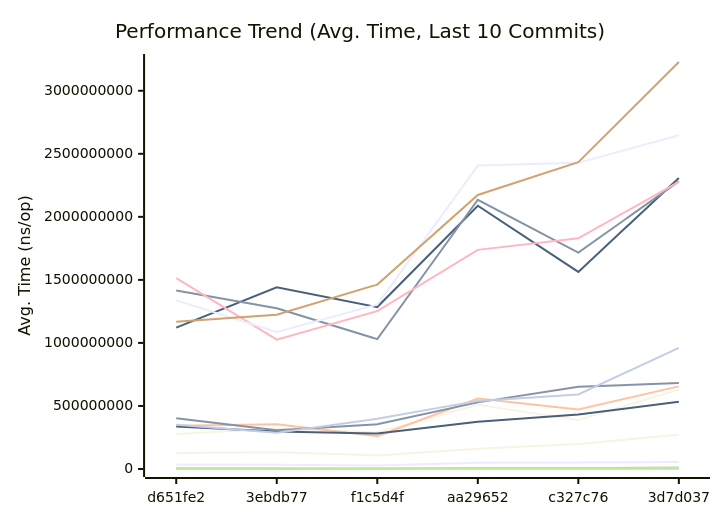
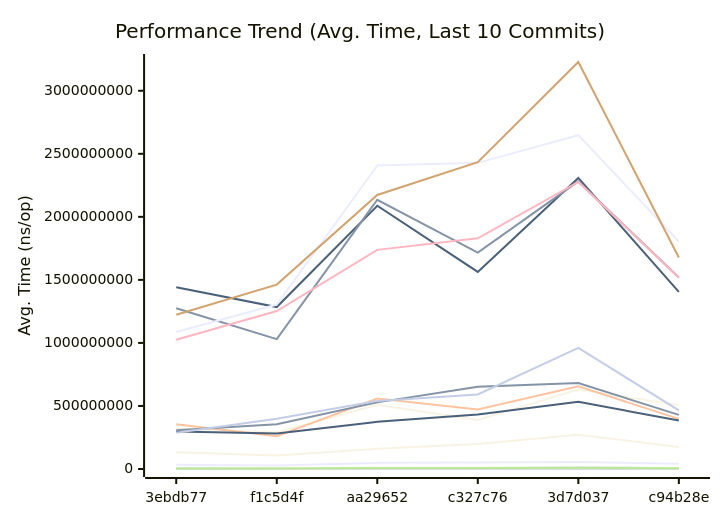
Before and after one commit to alsotoes/momo: the first of 3 diagrams in docs/PERFORMANCE.md, drawn with Mermaid. The commit also changed other lines of this file and 2 other files, not shown here.

````diff
--- a/docs/PERFORMANCE.md
+++ b/docs/PERFORMANCE.md
@@ -260,44 +260,44 @@
 ```mermaid
 xychart-beta
     title "Performance Trend (Avg. Time, Last 10 Commits)"
     x-axis "Commit"
     y-axis "Avg. Time (ns/op)"
-    x-axis [d651fe2,3ebdb77,f1c5d4f,aa29652,c327c76,3d7d037]
-    line "AWSChunkedReaderSigned" [663569,620161,606537,1043223,973548,1455699,680259,833482,953309,627888]
-    line "AWSChunkedReaderUnsigned" [611889,631352,615450,1351997,1054695,1128789,889133,730853,858757,790951]
-    line "CheckMetricsAndSwap" [13,11,9,18,19,38,17,10,13,15]
-    line "CrushOptimized" [528,381,489,593,643,1042,685,798,468,532]
-    line "CrushOriginal" [697,599,581,856,1307,2029,855,1268,698,834]
-    line "FormatListObjectsV2XML_AppendFormat" [1165434,922011,962696,2255056,1630321,4600271,1782191,1061116,1008647,1406590]
-    line "FormatListObjectsV2XML_OldFormat" [674915,518253,488621,1103444,888288,1357791,907084,473930,533866,813796]
-    line "HashBytes/1MiB" [5093044,3747347,5123782,7575501,6664907,7640824,5383828,7555000,5598473,4921734]
-    line "HashBytes/256MiB" [1121544781,1441434671,1284521850,2087994619,1563281181,2308810918,1405443275,1788061102,1074265335,1131266592]
-    line "HashBytes/64MiB" [277104353,321801782,289844742,509860327,389285110,629622654,507641214,422715939,338237103,382860244]
-    line "HashFile/1MiB" [4510294,6901410,4299477,8227082,7078150,8690518,5618671,6533318,4172609,6261739]
-    line "HashFile/256MiB" [1416186973,1274613971,1030231274,2135226775,1716532942,2281655194,1518211227,1560936348,1431277931,1624300639]
-    line "HashFile/64MiB" [343417056,354037155,260223898,558613671,471436906,655531538,397822488,323633746,347435470,383484634]
-    line "IndexDirectTracking" [1,1,0,1,1,1,1,1,1,1]
-    line "IndexSearch" [4,4,4,5,4,5,5,4,4,4]
-    line "LastModifiedHeader_AppendFormat" [320,312,319,610,638,744,453,385,315,376]
-    line "LastModifiedHeader_Format" [582,394,406,812,695,1046,635,526,444,488]
-    line "LoadGlobalConfig" [14525,12164,12907,20187,22438,33068,21404,21459,15616,14400]
-    line "LocalWrite/1MiB" [573249,584326,612314,1771010,1395534,1103659,782921,673496,973167,928144]
-    line "LocalWrite/256MiB" [125958619,133440934,107404943,160392504,197917420,272351029,175219427,179514948,167743774,160436947]
-    line "LocalWrite/64MiB" [35402077,33399170,28308935,49166059,52341255,56218123,42014368,37648886,40720206,46095057]
-    line "PadString" [63,80,61,211,165,205,86,67,85,80]
+    x-axis [3ebdb77,f1c5d4f,aa29652,c327c76,3d7d037,c94b28e]
+    line "AWSChunkedReaderSigned" [620161,606537,1043223,973548,1455699,680259,833482,953309,627888,785988]
+    line "AWSChunkedReaderUnsigned" [631352,615450,1351997,1054695,1128789,889133,730853,858757,790951,977586]
+    line "CheckMetricsAndSwap" [11,9,18,19,38,17,10,13,15,17]
+    line "CrushOptimized" [381,489,593,643,1042,685,798,468,532,465]
+    line "CrushOriginal" [599,581,856,1307,2029,855,1268,698,834,795]
+    line "FormatListObjectsV2XML_AppendFormat" [922011,962696,2255056,1630321,4600271,1782191,1061116,1008647,1406590,1275364]
+    line "FormatListObjectsV2XML_OldFormat" [518253,488621,1103444,888288,1357791,907084,473930,533866,813796,870950]
+    line "HashBytes/1MiB" [3747347,5123782,7575501,6664907,7640824,5383828,7555000,5598473,4921734,5879995]
+    line "HashBytes/256MiB" [1441434671,1284521850,2087994619,1563281181,2308810918,1405443275,1788061102,1074265335,1131266592,1293022873]
+    line "HashBytes/64MiB" [321801782,289844742,509860327,389285110,629622654,507641214,422715939,338237103,382860244,372987075]
+    line "HashFile/1MiB" [6901410,4299477,8227082,7078150,8690518,5618671,6533318,4172609,6261739,5169082]
+    line "HashFile/256MiB" [1274613971,1030231274,2135226775,1716532942,2281655194,1518211227,1560936348,1431277931,1624300639,1432425639]
+    line "HashFile/64MiB" [354037155,260223898,558613671,471436906,655531538,397822488,323633746,347435470,383484634,407202955]
+    line "IndexDirectTracking" [1,0,1,1,1,1,1,1,1,1]
+    line "IndexSearch" [4,4,5,4,5,5,4,4,4,5]
+    line "LastModifiedHeader_AppendFormat" [312,319,610,638,744,453,385,315,376,542]
+    line "LastModifiedHeader_Format" [394,406,812,695,1046,635,526,444,488,574]
+    line "LoadGlobalConfig" [12164,12907,20187,22438,33068,21404,21459,15616,14400,18548]
+    line "LocalWrite/1MiB" [584326,612314,1771010,1395534,1103659,782921,673496,973167,928144,1116026]
+    line "LocalWrite/256MiB" [133440934,107404943,160392504,197917420,272351029,175219427,179514948,167743774,160436947,185677716]
+    line "LocalWrite/64MiB" [33399170,28308935,49166059,52341255,56218123,42014368,37648886,40720206,46095057,61144515]
+    line "PadString" [80,61,211,165,205,86,67,85,80,88]
     line "ParseReplicationOrder_NoPrealloc" [350,349,357,354,345,225,229,165,232,234]
     line "ParseReplicationOrder_Prealloc" [229,231,237,234,229,108,107,80,110,109]
-    line "Placement" [7327,6313,6933,8102,10527,25580,11321,10377,7200,8789]
-    line "PlacementDomainSpread" [7101,6619,8426,8684,11049,18437,11792,9468,8229,9655]
-    line "ReadVerify/1MiB" [4999715,4807436,3448579,5630820,6689386,12183182,5670392,7713170,4757418,5869903]
-    line "ReadVerify/256MiB" [1513480600,1025626350,1253185341,1738129398,1830120119,2276631953,1517577657,1316685724,1223335569,2116170500]
-    line "ReadVerify/64MiB" [337113294,296627981,281005831,374198113,432795151,533889680,383828668,451931212,213251291,512922822]
-    line "S3PutSpool/1MiB" [5117449,4156487,6430516,9117398,9491833,12330195,7822144,8408058,8591213,6157166]
-    line "S3PutSpool/256MiB" [1337418784,1086529024,1304364707,2406472426,2428268969,2647654672,1803968295,2177507350,1816522977,1227464198]
-    line "S3PutSpool/64MiB" [401720115,306669378,354128133,528507413,651666227,681227498,429216770,399626051,367182715,399702230]
-    line "SanitizeLog/Safe" [332,390,316,623,639,645,428,331,547,453]
-    line "SanitizeLog/Unsafe" [1050,1036,1076,2180,2105,3077,1405,1260,1471,1234]
-    line "TrustedRead/1MiB" [5878450,3751975,4741810,8367879,7463250,9671314,5650216,4830214,4254033,7751297]
-    line "TrustedRead/256MiB" [1168045663,1223117446,1462605918,2173767229,2433008029,3228071339,1677679418,2100324369,1186508654,1267006234]
-    line "TrustedRead/64MiB" [350083685,287609190,397868130,540269082,591536062,961059323,465018339,305338723,298647819,415837736]
+    line "Placement" [6313,6933,8102,10527,25580,11321,10377,7200,8789,8100]
+    line "PlacementDomainSpread" [6619,8426,8684,11049,18437,11792,9468,8229,9655,8934]
+    line "ReadVerify/1MiB" [4807436,3448579,5630820,6689386,12183182,5670392,7713170,4757418,5869903,8481402]
+    line "ReadVerify/256MiB" [1025626350,1253185341,1738129398,1830120119,2276631953,1517577657,1316685724,1223335569,2116170500,1781612989]
+    line "ReadVerify/64MiB" [296627981,281005831,374198113,432795151,533889680,383828668,451931212,213251291,512922822,518387680]
+    line "S3PutSpool/1MiB" [4156487,6430516,9117398,9491833,12330195,7822144,8408058,8591213,6157166,6498512]
+    line "S3PutSpool/256MiB" [1086529024,1304364707,2406472426,2428268969,2647654672,1803968295,2177507350,1816522977,1227464198,1869122530]
+    line "S3PutSpool/64MiB" [306669378,354128133,528507413,651666227,681227498,429216770,399626051,367182715,399702230,433842837]
+    line "SanitizeLog/Safe" [390,316,623,639,645,428,331,547,453,464]
+    line "SanitizeLog/Unsafe" [1036,1076,2180,2105,3077,1405,1260,1471,1234,1310]
+    line "TrustedRead/1MiB" [3751975,4741810,8367879,7463250,9671314,5650216,4830214,4254033,7751297,7357692]
+    line "TrustedRead/256MiB" [1223117446,1462605918,2173767229,2433008029,3228071339,1677679418,2100324369,1186508654,1267006234,1480761171]
+    line "TrustedRead/64MiB" [287609190,397868130,540269082,591536062,961059323,465018339,305338723,298647819,415837736,464687610]
 ```
````
